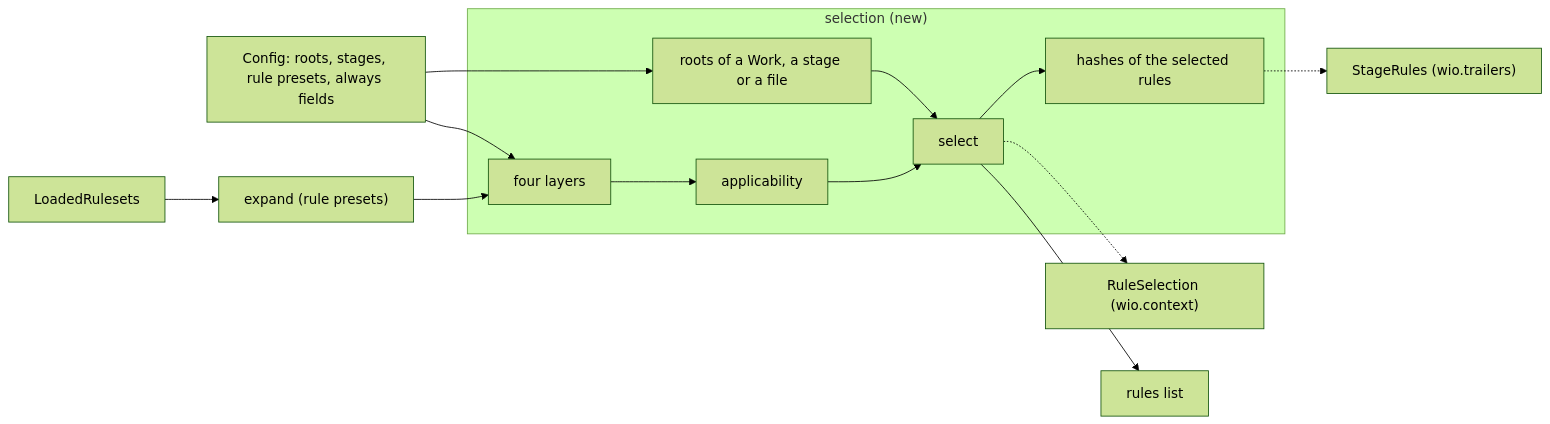
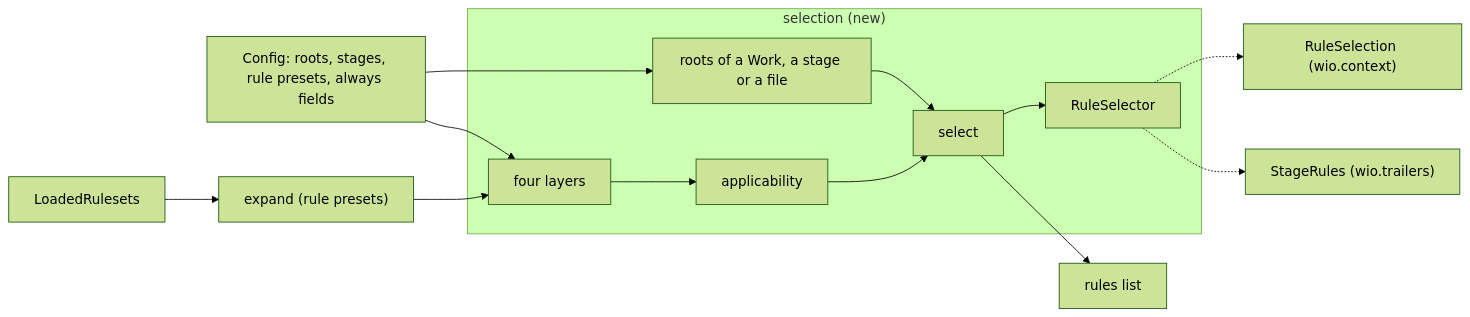
One commit to msitarz/wio changed the second of 2 diagrams in .agents/wio/works/wio-rules/selection/README.md. Above: the diagram before and after it, drawn with Mermaid (forest theme). The commit also changed other lines of this file and 2 other files, not shown here.

First line of the commit message:
docs(rules): move the port adapters from the applicability Work to the selector Work

````diff
--- a/.agents/wio/works/wio-rules/selection/README.md
+++ b/.agents/wio/works/wio-rules/selection/README.md
@@ -113,27 +117,27 @@
 ```mermaid
 flowchart LR
     cfg["Config: roots, stages, rule presets, always fields"]
     rules["LoadedRulesets"]
     subgraph sel["selection (new)"]
         roots["roots of a Work, a stage or a file"]
         layers["four layers"]
         applic["applicability"]
         select["select"]
-        hashes["hashes of the selected rules"]
+        selector["RuleSelector"]
     end
     expand["expand (rule presets)"]
     ctxport["RuleSelection (wio.context)"]
     stageport["StageRules (wio.trailers)"]
     listing["rules list"]
     cfg --> roots
     cfg --> layers
     rules --> expand
     expand --> layers
     roots --> select
     layers --> applic
     applic --> select
     select --> listing
-    select -.-> ctxport
-    select --> hashes
-    hashes -.-> stageport
+    select --> selector
+    selector -.-> ctxport
+    selector -.-> stageport
 ```
````
